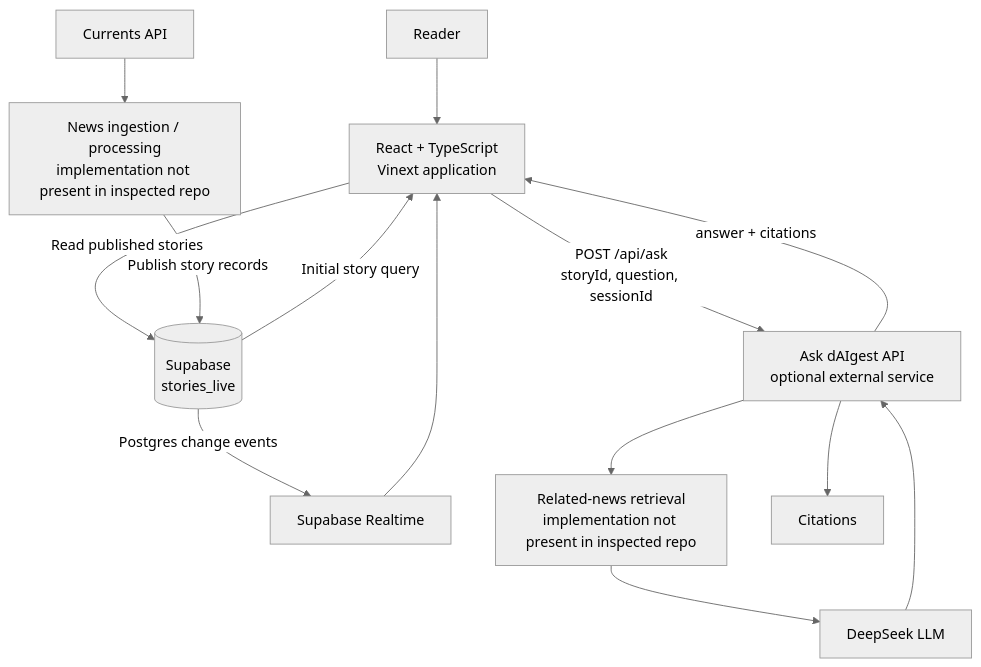
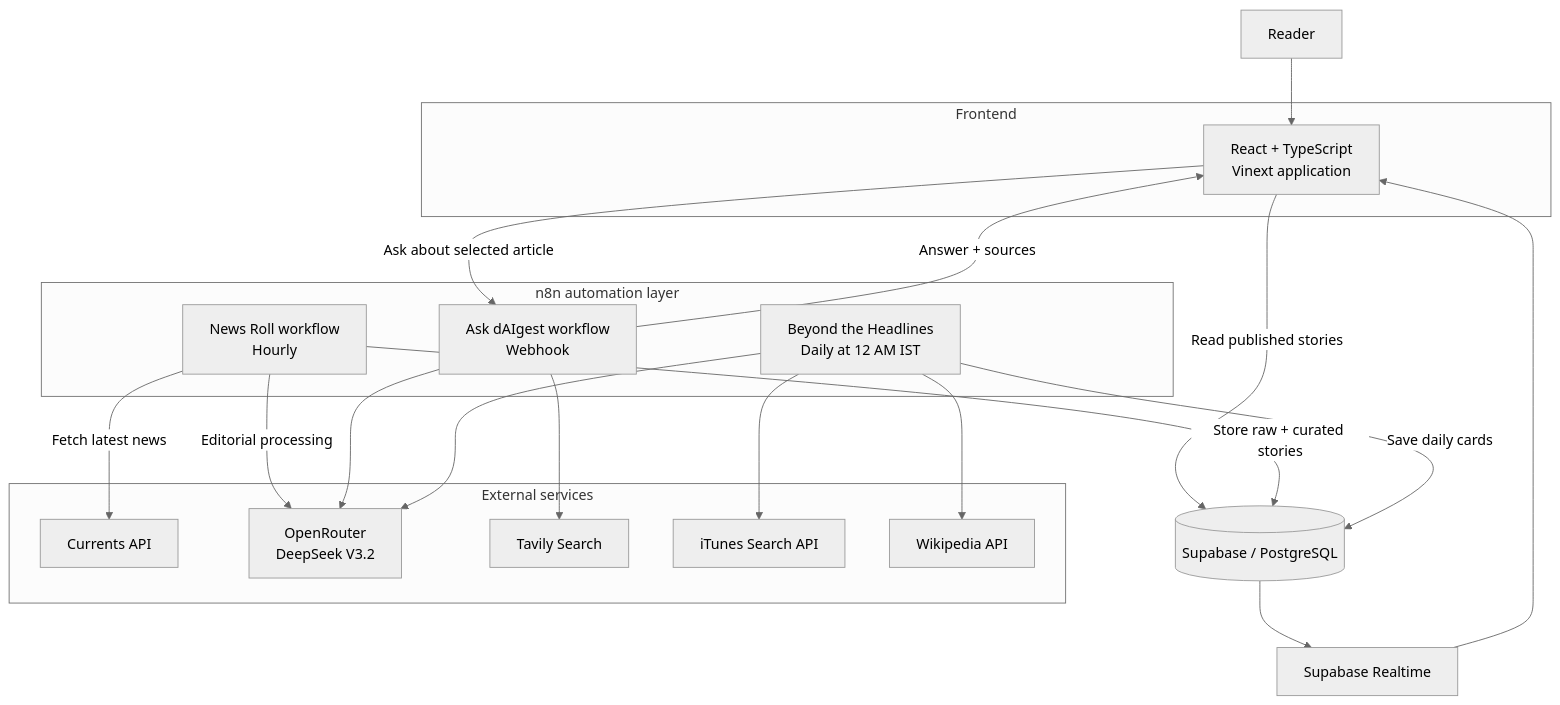
Before and after one commit to gairikzzz/dAIgest: the diagram in docs/ARCHITECTURE.md, drawn with Mermaid (neutral theme). The commit also changed other lines of this file, not shown here.

Commit message:
docs: document n8n backend architecture

````diff
--- a/docs/ARCHITECTURE.md
+++ b/docs/ARCHITECTURE.md
@@ -22,27 +22,36 @@
 ```mermaid
 flowchart TD
     Reader[Reader]
-    UI[React + TypeScript<br/>Vinext application]
-    Supabase[(Supabase<br/>stories_live)]
-    Realtime[Supabase Realtime]
-    News[Currents API]
-    Ingestion[News ingestion / processing<br/>implementation not present in inspected repo]
-    Ask[Ask dAIgest API<br/>optional external service]
-    LLM[DeepSeek LLM]
-    Retrieval[Related-news retrieval<br/>implementation not present in inspected repo]
-    Citations[Citations]
+    subgraph Frontend["Frontend"]
+      UI[React + TypeScript<br/>Vinext application]
+    end
+    subgraph Automation["n8n automation layer"]
+      NewsWF[News Roll workflow<br/>Hourly]
+      AskWF[Ask dAIgest workflow<br/>Webhook]
+      BeyondWF[Beyond the Headlines<br/>Daily at 12 AM IST]
+    end
+    subgraph External["External services"]
+      Currents[Currents API]
+      OpenRouter[OpenRouter<br/>DeepSeek V3.2]
+      Tavily[Tavily Search]
+      ITunes[iTunes Search API]
+      Wiki[Wikipedia API]
+    end
+    DB[(Supabase / PostgreSQL)]
+    RT[Supabase Realtime]
 
     Reader --> UI
-    UI -->|Read published stories| Supabase
-    Supabase -->|Initial story query| UI
-    Supabase -->|Postgres change events| Realtime
-    Realtime --> UI
-    News --> Ingestion
-    Ingestion -->|Publish story records| Supabase
-    UI -->|POST /api/ask<br/>storyId, question, sessionId| Ask
-    Ask --> Retrieval
-    Retrieval --> LLM
-    LLM --> Ask
-    Ask -->|answer + citations| UI
-    Ask --> Citations
+    UI -->|Read published stories| DB
+    DB --> RT --> UI
+    NewsWF -->|Fetch latest news| Currents
+    NewsWF -->|Editorial processing| OpenRouter
+    NewsWF -->|Store raw + curated stories| DB
+    UI -->|Ask about selected article| AskWF
+    AskWF --> OpenRouter
+    AskWF --> Tavily
+    AskWF -->|Answer + sources| UI
+    BeyondWF --> OpenRouter
+    BeyondWF --> ITunes
+    BeyondWF --> Wiki
+    BeyondWF -->|Save daily cards| DB
 ```
````
